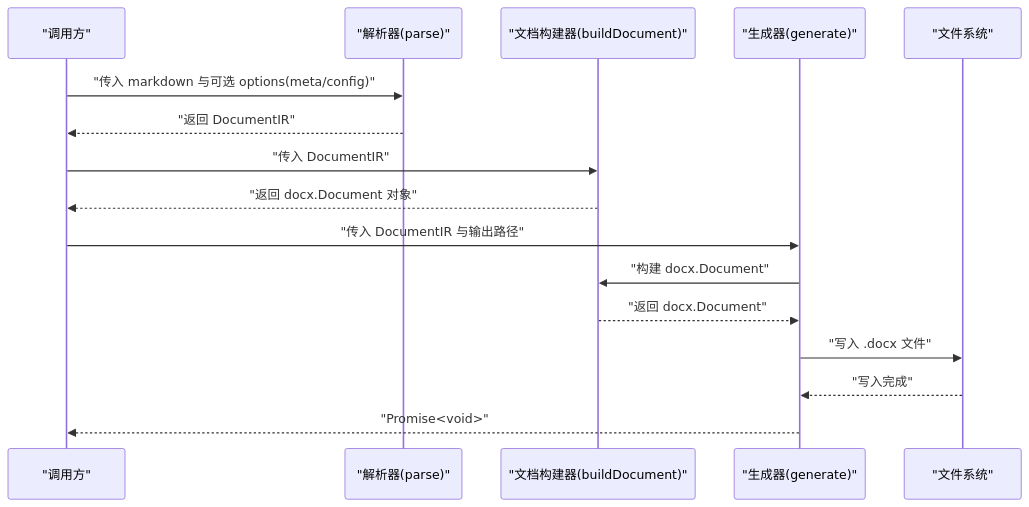
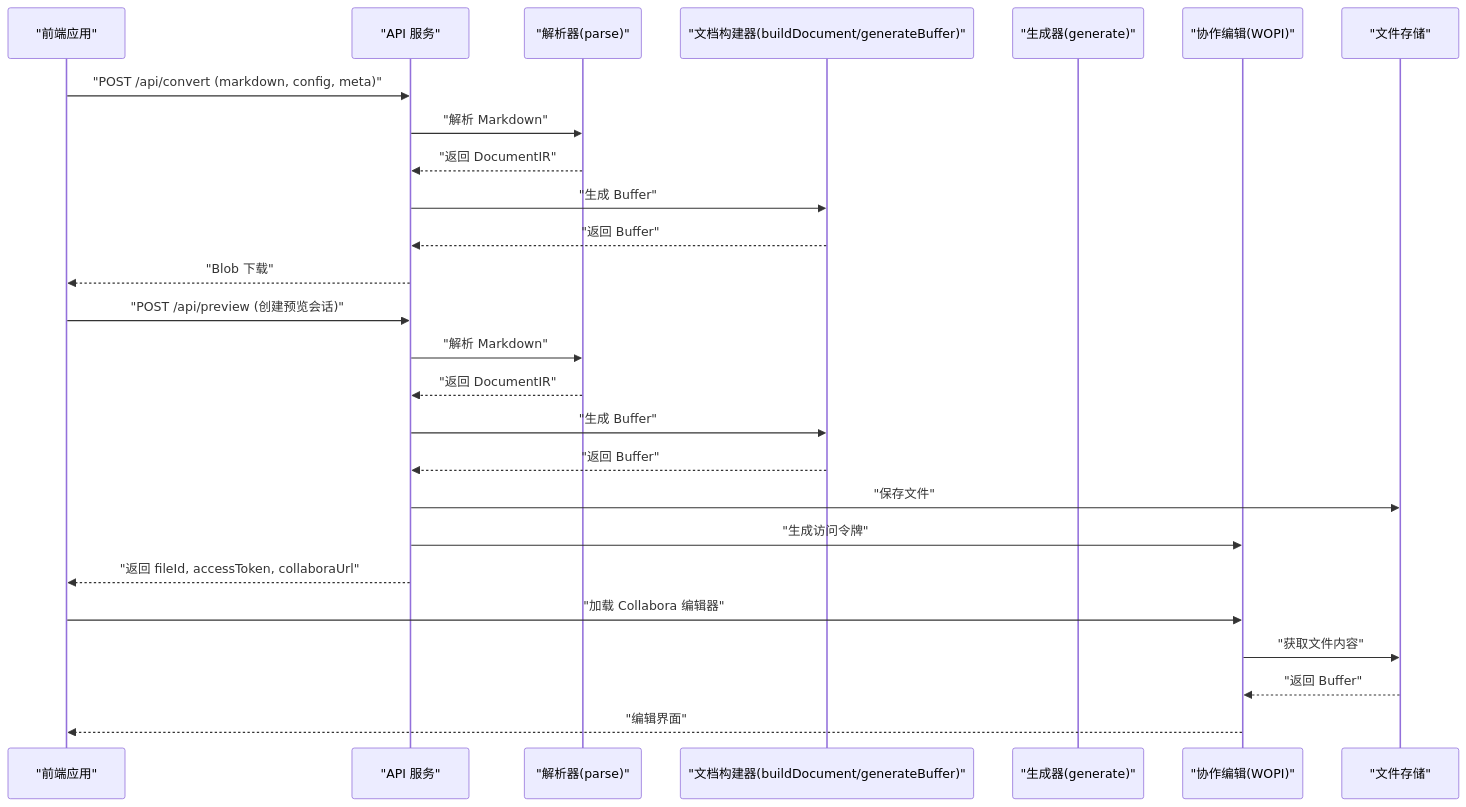
The second of 7 diagrams in .lingma/repowiki/zh/content/API 参考/核心 API.md (wanwushelie/markdown-to-word-studio), drawn with Mermaid before and after one commit. The commit also changed other lines of this file and 21 other files, not shown here.

````diff
--- a/.lingma/repowiki/zh/content/API 参考/核心 API.md
+++ b/.lingma/repowiki/zh/content/API 参考/核心 API.md
@@ -107,18 +139,28 @@
 ```mermaid
 sequenceDiagram
-participant Caller as "调用方"
+participant FE as "前端应用"
+participant API as "API 服务"
 participant Parser as "解析器(parse)"
-participant Builder as "文档构建器(buildDocument)"
+participant Builder as "文档构建器(buildDocument/generateBuffer)"
 participant Generator as "生成器(generate)"
-participant FS as "文件系统"
-Caller->>Parser : "传入 markdown 与可选 options(meta/config)"
-Parser-->>Caller : "返回 DocumentIR"
-Caller->>Builder : "传入 DocumentIR"
-Builder-->>Caller : "返回 docx.Document 对象"
-Caller->>Generator : "传入 DocumentIR 与输出路径"
-Generator->>Builder : "构建 docx.Document"
-Builder-->>Generator : "返回 docx.Document"
-Generator->>FS : "写入 .docx 文件"
-FS-->>Generator : "写入完成"
-Generator-->>Caller : "Promise<void>"
+participant WOPI as "协作编辑(WOPI)"
+participant Storage as "文件存储"
+FE->>API : "POST /api/convert (markdown, config, meta)"
+API->>Parser : "解析 Markdown"
+Parser-->>API : "返回 DocumentIR"
+API->>Builder : "生成 Buffer"
+Builder-->>API : "返回 Buffer"
+API-->>FE : "Blob 下载"
+FE->>API : "POST /api/preview (创建预览会话)"
+API->>Parser : "解析 Markdown"
+Parser-->>API : "返回 DocumentIR"
+API->>Builder : "生成 Buffer"
+Builder-->>API : "返回 Buffer"
+API->>Storage : "保存文件"
+API->>WOPI : "生成访问令牌"
+API-->>FE : "返回 fileId, accessToken, collaboraUrl"
+FE->>WOPI : "加载 Collabora 编辑器"
+WOPI->>Storage : "获取文件内容"
+Storage-->>WOPI : "返回 Buffer"
+WOPI-->>FE : "编辑界面"
 ```
````
